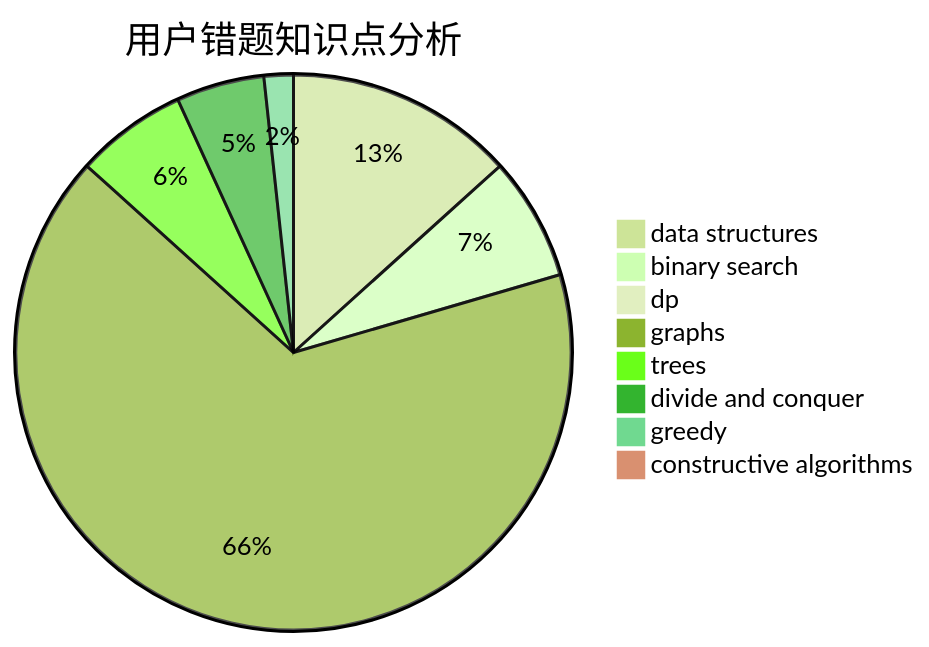
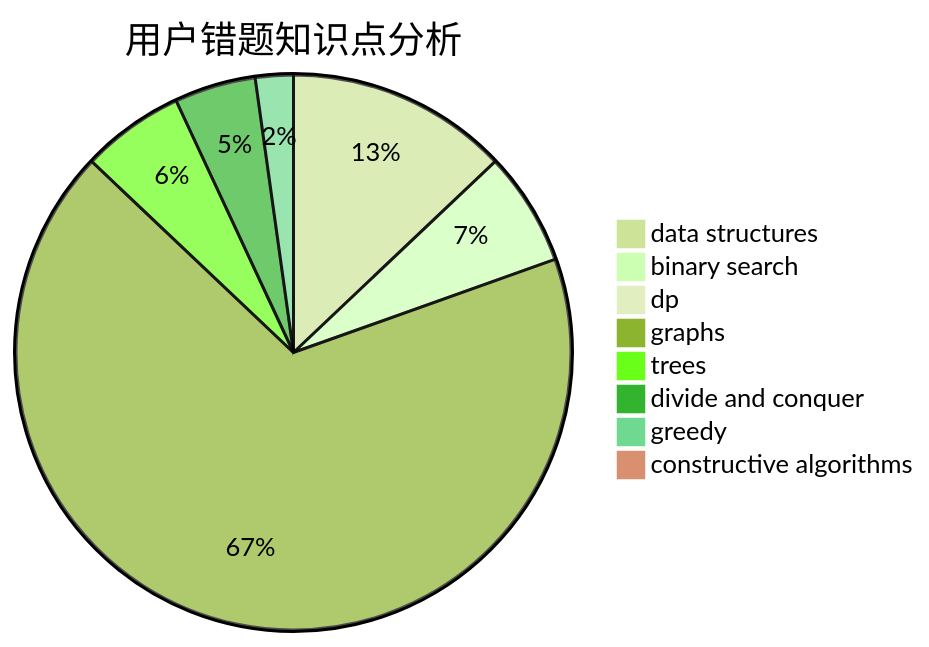
The third of 3 diagrams in docs/user/u1726.md (sherpahu/cfrs.github.io), drawn with Mermaid (forest theme) before and after one commit. The commit also changed other lines of this file and 2770 other files, not shown here.

````diff
--- a/docs/user/u1726.md
+++ b/docs/user/u1726.md
@@ -36,11 +36,11 @@
 ```mermaid
 pie title 用户错题知识点分析
-    "data structures" :  39
+    "data structures" :  41
     "binary search" :  21
-    "dp" :  1
-    "graphs" :  194
+    "dp" :  3
+    "graphs" :  214
     "trees" :  19
     "divide and conquer" :  15
-    "greedy" :  5
+    "greedy" :  7
     "constructive algorithms" :  0
 ```
````
